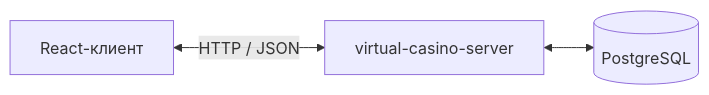
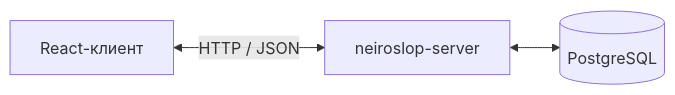
One commit to dashkalikov/neiroslop-client changed the diagram in client/README.md. Above: the diagram before and after it, drawn with Mermaid. The commit also changed other lines of this file and 3 other files, not shown here.

````diff
--- a/client/README.md
+++ b/client/README.md
@@ -11,5 +11,5 @@
 ```mermaid
 flowchart LR
-    Client[React-клиент] <-->|HTTP / JSON| API[virtual-casino-server]
+    Client[React-клиент] <-->|HTTP / JSON| API[neiroslop-server]
     API <--> DB[(PostgreSQL)]
 ```
````
